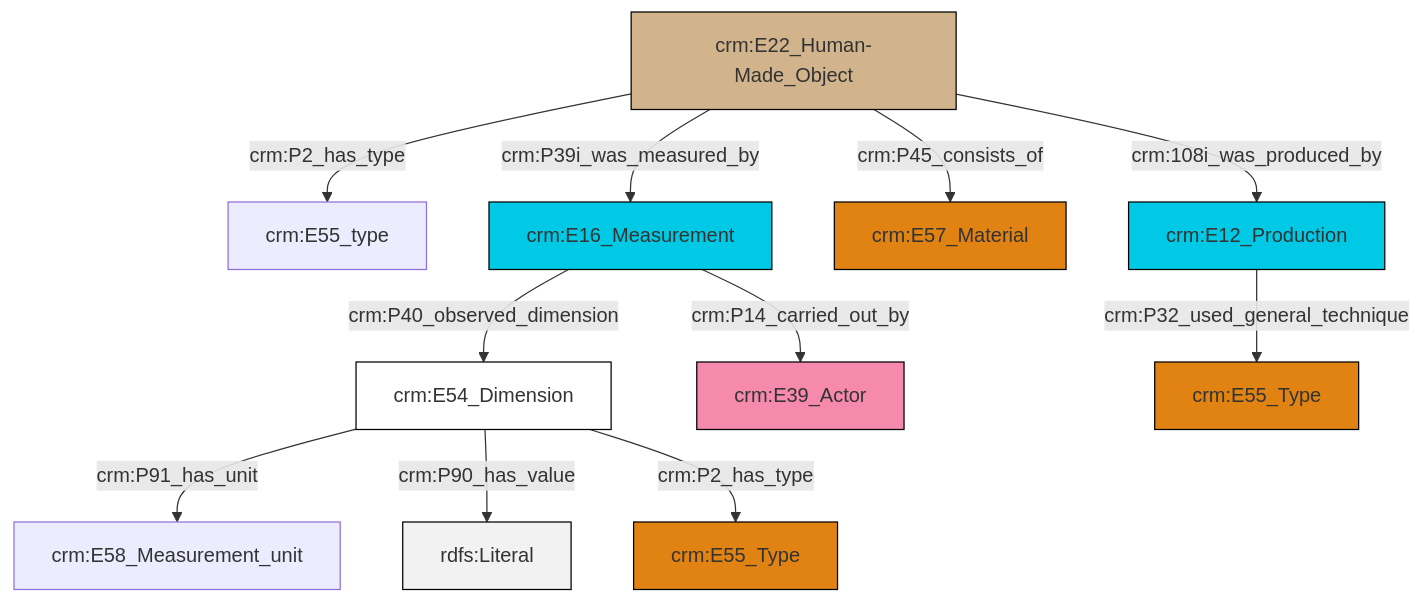
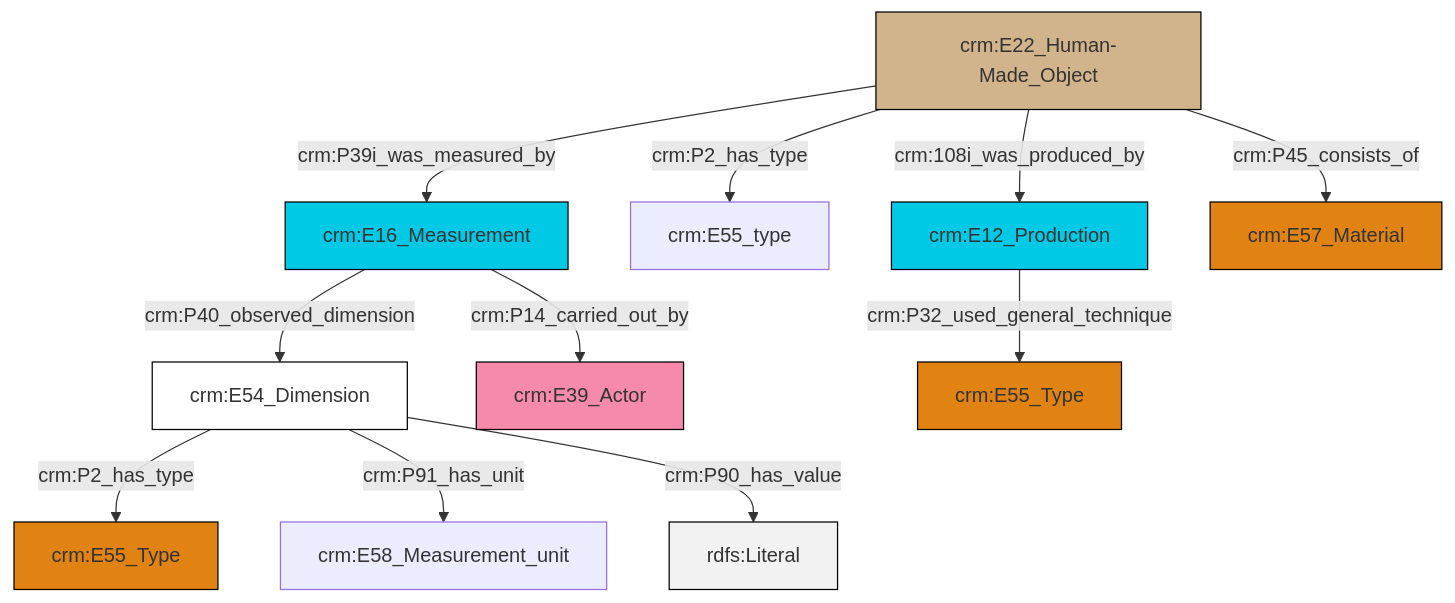
The diagram in et/artworkCSV/ttl/mmd/Artwork_substance.ttl.mmd (swiss-art-research-net/reference-data-models), drawn with Mermaid before and after one commit. The commit also changed 124 other files, not shown here.

```diff
--- a/et/artworkCSV/ttl/mmd/Artwork_substance.ttl.mmd
+++ b/et/artworkCSV/ttl/mmd/Artwork_substance.ttl.mmd
@@ -1,25 +1,25 @@
 graph TD
 classDef Literal fill:#f2f2f2,stroke:#000000;
 classDef CRM_Entity fill:#FFFFFF,stroke:#000000;
 classDef Temporal_Entity fill:#00C9E6, stroke:#000000;
 classDef Type fill:#E18312, stroke:#000000;
 classDef Time-Span fill:#2C9C91, stroke:#000000;
 classDef Appellation fill:#FFEB7F, stroke:#000000;
 classDef Place fill:#008836, stroke:#000000;
 classDef Persistent_Item fill:#B266B2, stroke:#000000;
 classDef Conceptual_Object fill:#FFD700, stroke:#000000;
 classDef Physical_Thing fill:#D2B48C, stroke:#000000;
 classDef Actor fill:#f58aad, stroke:#000000;
 classDef PC_Classes fill:#4ce600, stroke:#000000;
 classDef Multi fill:#cccccc,stroke:#000000;
 
-0["crm:E22_Human-Made_Object"]:::Physical_Thing -->|crm:P2_has_type| 2["crm:E55_type"]:::Default
-5["crm:E54_Dimension"]:::CRM_Entity -->|crm:P91_has_unit| 3["crm:E58_Measurement_unit"]:::Default
-0["crm:E22_Human-Made_Object"]:::Physical_Thing -->|crm:P39i_was_measured_by| 7["crm:E16_Measurement"]:::Temporal_Entity
-7["crm:E16_Measurement"]:::Temporal_Entity -->|crm:P14_carried_out_by| 11["crm:E39_Actor"]:::Actor
-0["crm:E22_Human-Made_Object"]:::Physical_Thing -->|crm:108i_was_produced_by| 12["crm:E12_Production"]:::Temporal_Entity
-0["crm:E22_Human-Made_Object"]:::Physical_Thing -->|crm:P45_consists_of| 8["crm:E57_Material"]:::Type
-5["crm:E54_Dimension"]:::CRM_Entity -->|crm:P90_has_value| 14[rdfs:Literal]:::Literal
-12["crm:E12_Production"]:::Temporal_Entity -->|crm:P32_used_general_technique| 15["crm:E55_Type"]:::Type
-7["crm:E16_Measurement"]:::Temporal_Entity -->|crm:P40_observed_dimension| 5["crm:E54_Dimension"]:::CRM_Entity
-5["crm:E54_Dimension"]:::CRM_Entity -->|crm:P2_has_type| 18["crm:E55_Type"]:::Type
+0["crm:E54_Dimension"]:::CRM_Entity -->|crm:P2_has_type| 1["crm:E55_Type"]:::Type
+0["crm:E54_Dimension"]:::CRM_Entity -->|crm:P91_has_unit| 2["crm:E58_Measurement_unit"]:::Default
+3["crm:E16_Measurement"]:::Temporal_Entity -->|crm:P14_carried_out_by| 4["crm:E39_Actor"]:::Actor
+7["crm:E22_Human-Made_Object"]:::Physical_Thing -->|crm:P2_has_type| 8["crm:E55_type"]:::Default
+7["crm:E22_Human-Made_Object"]:::Physical_Thing -->|crm:P39i_was_measured_by| 3["crm:E16_Measurement"]:::Temporal_Entity
+7["crm:E22_Human-Made_Object"]:::Physical_Thing -->|crm:108i_was_produced_by| 10["crm:E12_Production"]:::Temporal_Entity
+7["crm:E22_Human-Made_Object"]:::Physical_Thing -->|crm:P45_consists_of| 12["crm:E57_Material"]:::Type
+10["crm:E12_Production"]:::Temporal_Entity -->|crm:P32_used_general_technique| 14["crm:E55_Type"]:::Type
+3["crm:E16_Measurement"]:::Temporal_Entity -->|crm:P40_observed_dimension| 0["crm:E54_Dimension"]:::CRM_Entity
+0["crm:E54_Dimension"]:::CRM_Entity -->|crm:P90_has_value| 19[rdfs:Literal]:::Literal
```
